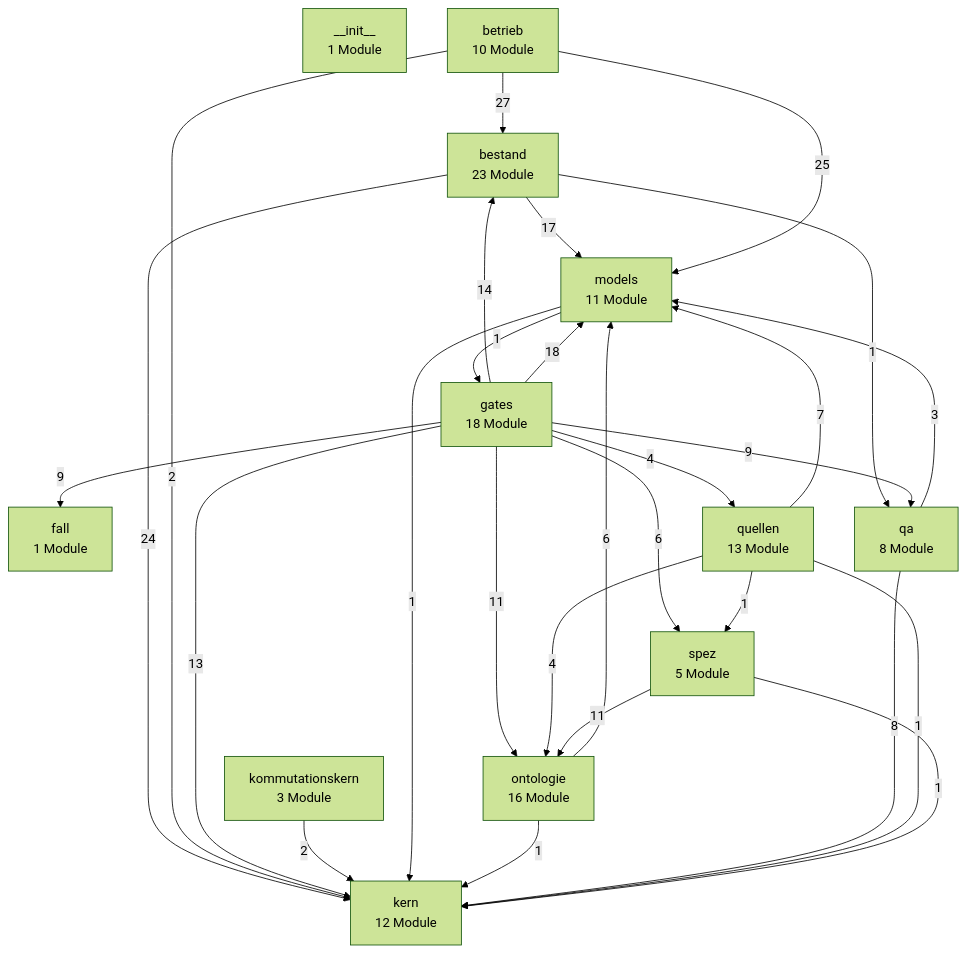
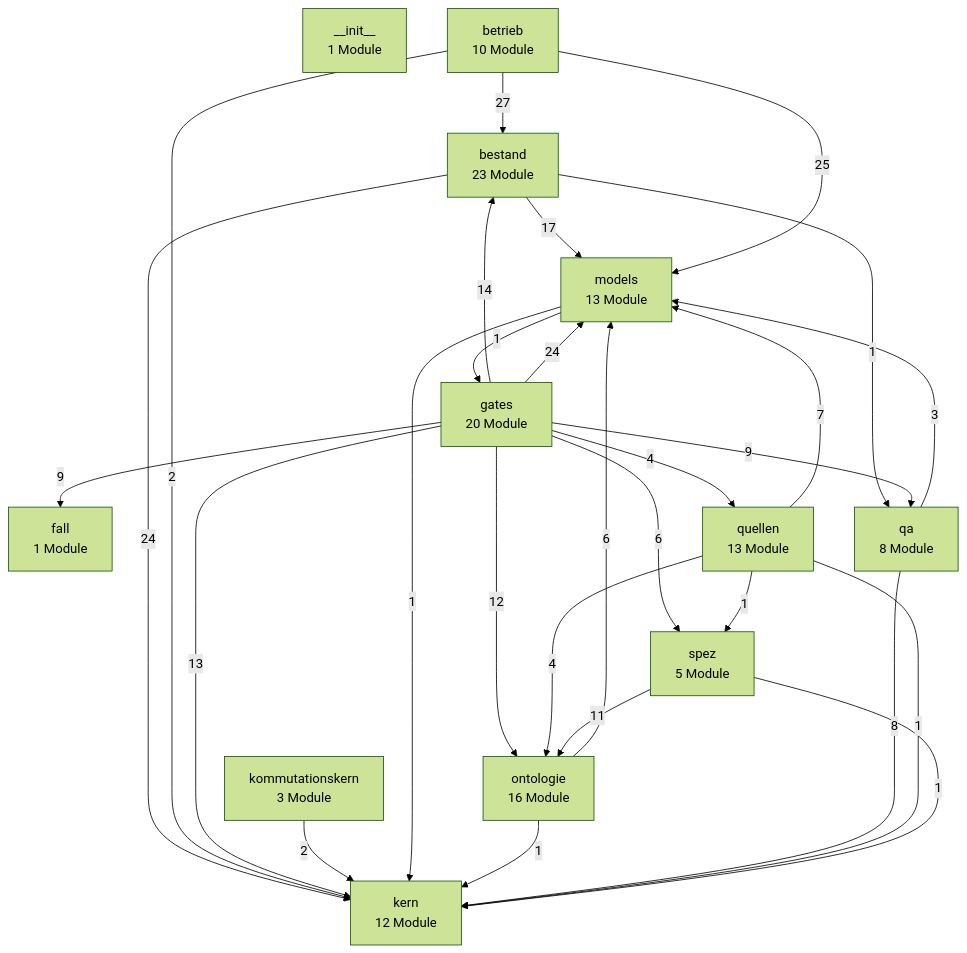
The first of 3 diagrams in docs/architektur/landkarte.md (bartlmac/rechner-pipeline), drawn with Mermaid (forest theme) before and after one commit. The commit also changed other lines of this file and 48 other files, not shown here.

````diff
--- a/docs/architektur/landkarte.md
+++ b/docs/architektur/landkarte.md
@@ -27,43 +27,43 @@
 ```mermaid
 %% Schichten — erzeugt von ontologie.landkarte
 flowchart TD
     n__init__["__init__<br/>1 Module"]
     bestand["bestand<br/>23 Module"]
     betrieb["betrieb<br/>10 Module"]
     fall["fall<br/>1 Module"]
-    gates["gates<br/>18 Module"]
+    gates["gates<br/>20 Module"]
     kern["kern<br/>12 Module"]
     kommutationskern["kommutationskern<br/>3 Module"]
-    models["models<br/>11 Module"]
+    models["models<br/>13 Module"]
     ontologie["ontologie<br/>16 Module"]
     qa["qa<br/>8 Module"]
     quellen["quellen<br/>13 Module"]
     spez["spez<br/>5 Module"]
     bestand -- 24 --> kern
     bestand -- 17 --> models
     bestand -- 1 --> qa
     betrieb -- 27 --> bestand
     betrieb -- 2 --> kern
     betrieb -- 25 --> models
     gates -- 14 --> bestand
     gates -- 9 --> fall
     gates -- 13 --> kern
-    gates -- 18 --> models
-    gates -- 11 --> ontologie
+    gates -- 24 --> models
+    gates -- 12 --> ontologie
     gates -- 9 --> qa
     gates -- 4 --> quellen
     gates -- 6 --> spez
     kommutationskern -- 2 --> kern
     models -- 1 --> gates
     models -- 1 --> kern
     ontologie -- 1 --> kern
     ontologie -- 6 --> models
     qa -- 8 --> kern
     qa -- 3 --> models
     quellen -- 1 --> kern
     quellen -- 7 --> models
     quellen -- 4 --> ontologie
     quellen -- 1 --> spez
     spez -- 1 --> kern
     spez -- 11 --> ontologie
 ```
````
